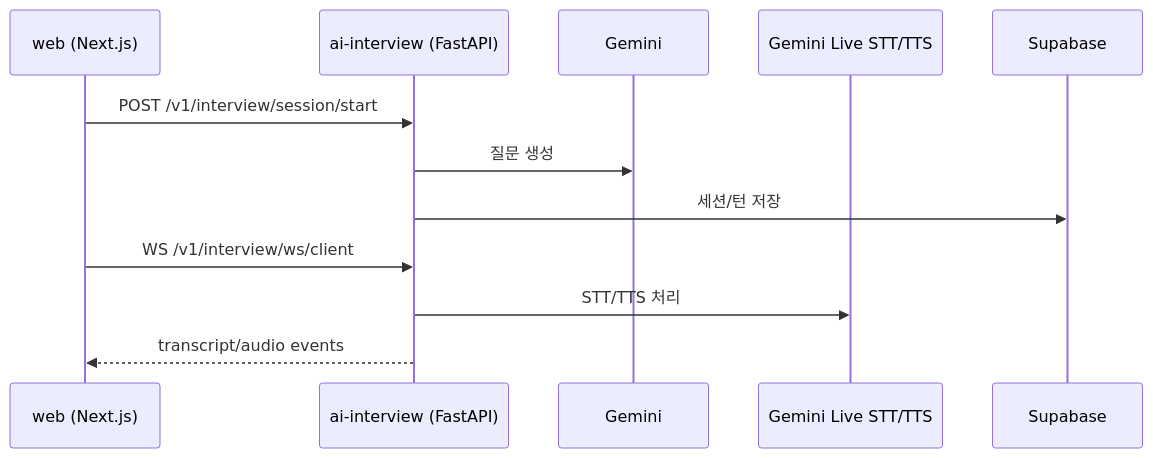
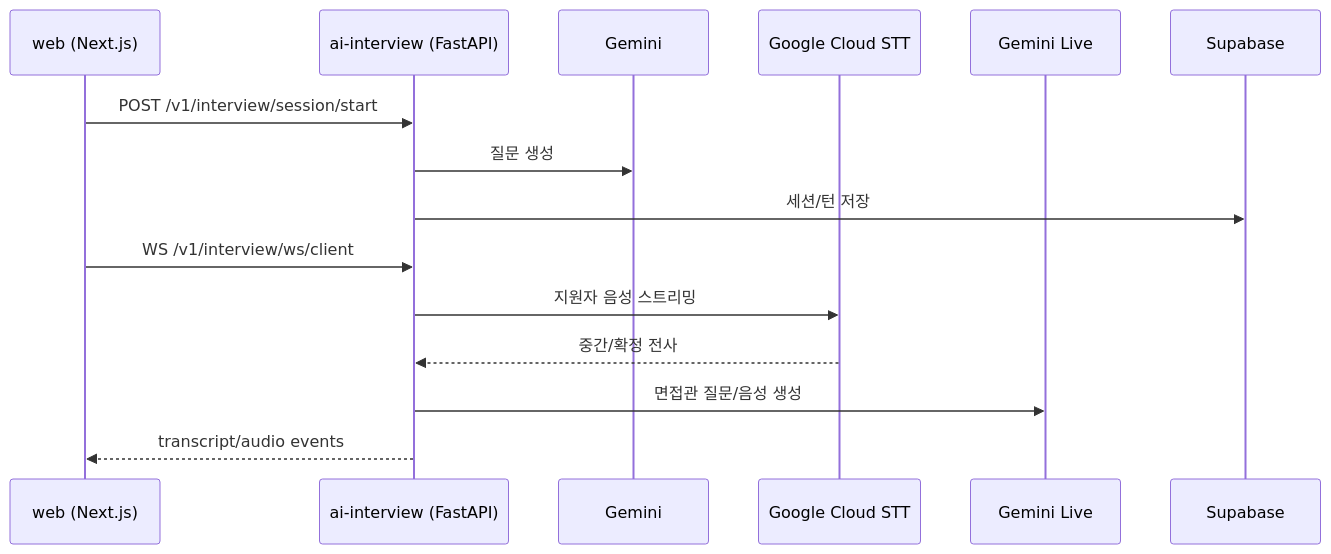
One commit to Buc-Capstone-Dibut/buc_Capstone_DEMO changed the diagram in ai-interview/README.md. Above: the diagram before and after it, drawn with Mermaid. The commit also changed other lines of this file and 11 other files, not shown here.

````diff
--- a/ai-interview/README.md
+++ b/ai-interview/README.md
@@ -7,15 +7,18 @@
 ```mermaid
 sequenceDiagram
     participant Web as web (Next.js)
     participant API as ai-interview (FastAPI)
     participant LLM as Gemini
-    participant VOICE as Gemini Live STT/TTS
+    participant STT as Google Cloud STT
+    participant VOICE as Gemini Live
     participant DB as Supabase
 
     Web->>API: POST /v1/interview/session/start
     API->>LLM: 질문 생성
     API->>DB: 세션/턴 저장
     Web->>API: WS /v1/interview/ws/client
-    API->>VOICE: STT/TTS 처리
+    API->>STT: 지원자 음성 스트리밍
+    STT-->>API: 중간/확정 전사
+    API->>VOICE: 면접관 질문/음성 생성
     API-->>Web: transcript/audio events
 ```
````
